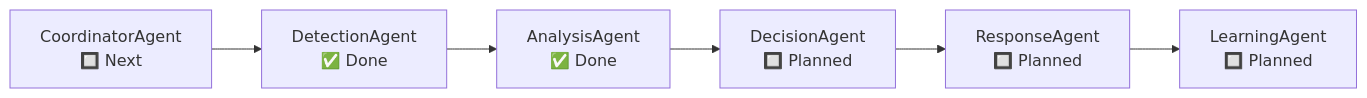
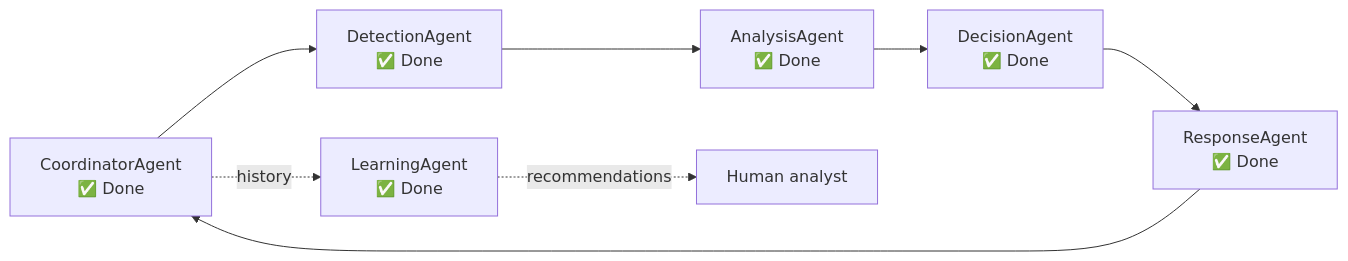
One commit to SURIYA-po/Cyber_Surakshya changed diagram 16 of 16 in OVERVIEW.md. Above: the diagram before and after it, drawn with Mermaid. The commit also changed other lines of this file and 218 other files, not shown here.

````diff
--- a/OVERVIEW.md
+++ b/OVERVIEW.md
@@ -842,8 +882,10 @@
 ```mermaid
 graph LR
-    A[CoordinatorAgent\n🔲 Next] --> B[DetectionAgent\n✅ Done]
+    A[CoordinatorAgent\n✅ Done] --> B[DetectionAgent\n✅ Done]
     B --> C[AnalysisAgent\n✅ Done]
-    C --> D[DecisionAgent\n🔲 Planned]
-    D --> E[ResponseAgent\n🔲 Planned]
-    E --> F[LearningAgent\n🔲 Planned]
+    C --> D[DecisionAgent\n✅ Done]
+    D --> E[ResponseAgent\n✅ Done]
+    E --> A
+    A -.history.-> G[LearningAgent\n✅ Done]
+    G -.recommendations.-> H[Human analyst]
 ```
````
